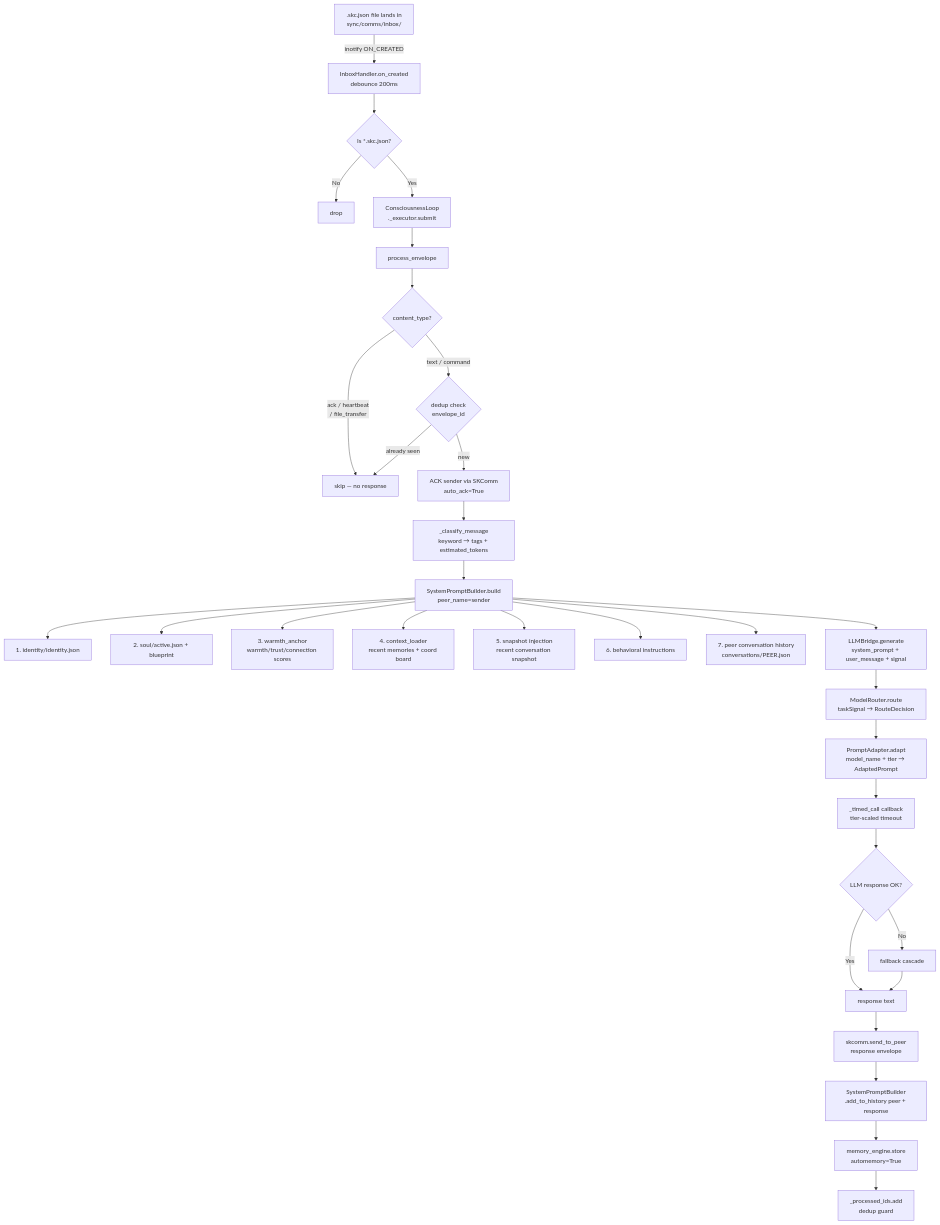
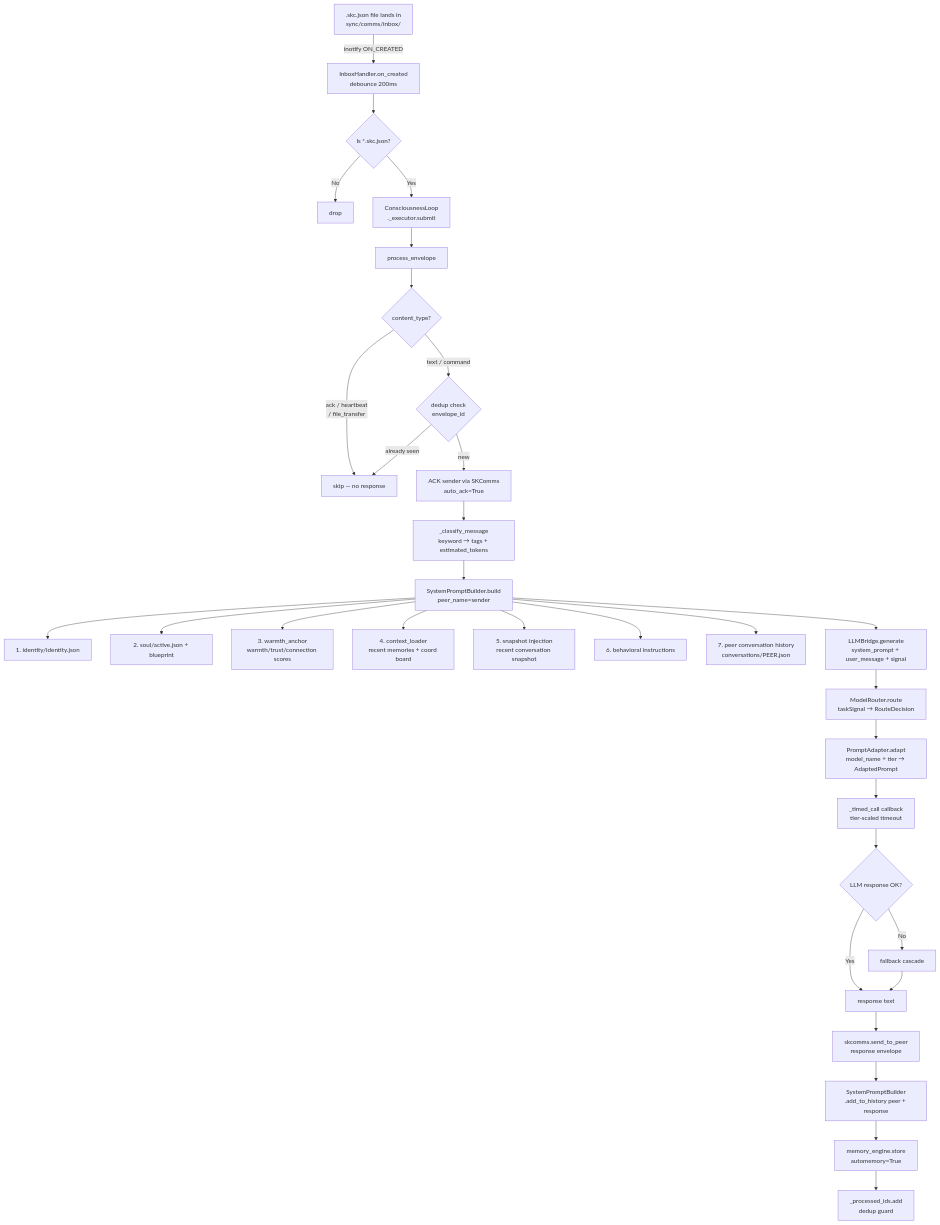
Before and after one commit to smilinTux/skcapstone: the fourth of 8 diagrams in docs/ARCHITECTURE.md, drawn with Mermaid. The commit also changed other lines of this file and 88 other files, not shown here.

Commit message:
refactor: migrate skcomm→skcomms (class, env, paths, dependency, skcomm_tools→skcomms_tools)

````diff
--- a/docs/ARCHITECTURE.md
+++ b/docs/ARCHITECTURE.md
@@ -232,39 +232,39 @@
 ```mermaid
 flowchart TD
     A[".skc.json file lands in<br/>sync/comms/inbox/"] -->|inotify ON_CREATED| B[InboxHandler.on_created<br/>debounce 200ms]
     B --> C{Is *.skc.json?}
     C -->|No| SKIP[drop]
     C -->|Yes| D[ConsciousnessLoop<br/>._executor.submit]
 
     D --> E[process_envelope]
     E --> F{content_type?}
     F -->|ack / heartbeat<br/>/ file_transfer| SKIP2[skip — no response]
     F -->|text / command| G{dedup check<br/>envelope_id}
     G -->|already seen| SKIP2
-    G -->|new| H[ACK sender via SKComm<br/>auto_ack=True]
+    G -->|new| H[ACK sender via SKComms<br/>auto_ack=True]
 
     H --> I[_classify_message<br/>keyword → tags + estimated_tokens]
 
     I --> J[SystemPromptBuilder.build<br/>peer_name=sender]
     J --> J1[1. identity/identity.json]
     J --> J2[2. soul/active.json + blueprint]
     J --> J3[3. warmth_anchor<br/>warmth/trust/connection scores]
     J --> J4[4. context_loader<br/>recent memories + coord board]
     J --> J5[5. snapshot injection<br/>recent conversation snapshot]
     J --> J6[6. behavioral instructions]
     J --> J7[7. peer conversation history<br/>conversations/PEER.json]
 
     J --> K[LLMBridge.generate<br/>system_prompt + user_message + signal]
     K --> L[ModelRouter.route<br/>taskSignal → RouteDecision]
     L --> M[PromptAdapter.adapt<br/>model_name + tier → AdaptedPrompt]
     M --> N[_timed_call callback<br/>tier-scaled timeout]
     N --> O{LLM response OK?}
     O -->|Yes| P[response text]
     O -->|No| FALLBACK[fallback cascade]
     FALLBACK --> P
 
-    P --> Q[skcomm.send_to_peer<br/>response envelope]
+    P --> Q[skcomms.send_to_peer<br/>response envelope]
     Q --> R[SystemPromptBuilder<br/>.add_to_history peer + response]
     R --> S[memory_engine.store<br/>automemory=True]
     S --> T[_processed_ids.add<br/>dedup guard]
 ```
````
